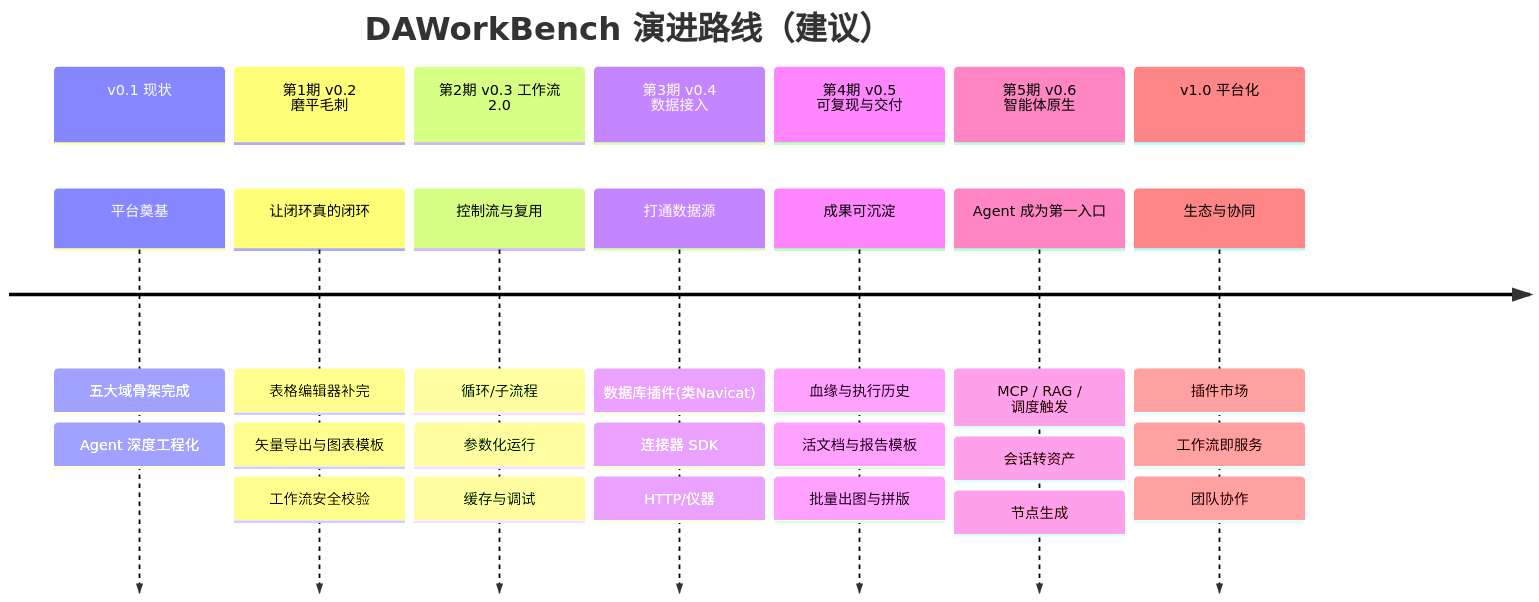
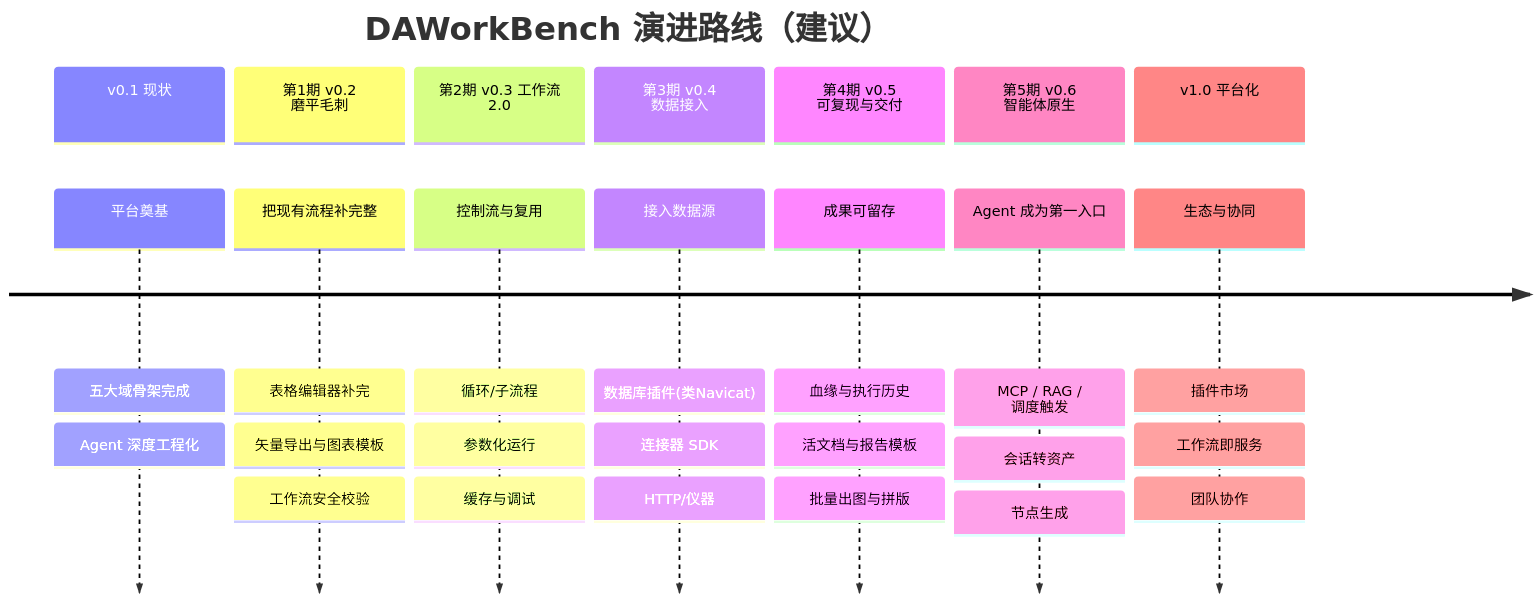
The seventh of 16 diagrams in docs/zh/roadmap.md (czyt1988/data-workbench), drawn with Mermaid before and after one commit. The commit also changed other lines of this file, not shown here.

First line of the commit message:
docs(路线图): 去掉 AI 腔、表情符号与星号评分

````diff
--- a/docs/zh/roadmap.md
+++ b/docs/zh/roadmap.md
@@ -456,18 +456,18 @@
 ```mermaid
 timeline
     title DAWorkBench 演进路线（建议）
     section v0.1 现状
         平台奠基 : 五大域骨架完成 : Agent 深度工程化
     section 第1期 v0.2 磨平毛刺
-        让闭环真的闭环 : 表格编辑器补完 : 矢量导出与图表模板 : 工作流安全校验
+        把现有流程补完整 : 表格编辑器补完 : 矢量导出与图表模板 : 工作流安全校验
     section 第2期 v0.3 工作流 2.0
         控制流与复用 : 循环/子流程 : 参数化运行 : 缓存与调试
     section 第3期 v0.4 数据接入
-        打通数据源 : 数据库插件(类Navicat) : 连接器 SDK : HTTP/仪器
+        接入数据源 : 数据库插件(类Navicat) : 连接器 SDK : HTTP/仪器
     section 第4期 v0.5 可复现与交付
-        成果可沉淀 : 血缘与执行历史 : 活文档与报告模板 : 批量出图与拼版
+        成果可留存 : 血缘与执行历史 : 活文档与报告模板 : 批量出图与拼版
     section 第5期 v0.6 智能体原生
         Agent 成为第一入口 : MCP / RAG / 调度触发 : 会话转资产 : 节点生成
     section v1.0 平台化
         生态与协同 : 插件市场 : 工作流即服务 : 团队协作
 ```
````
